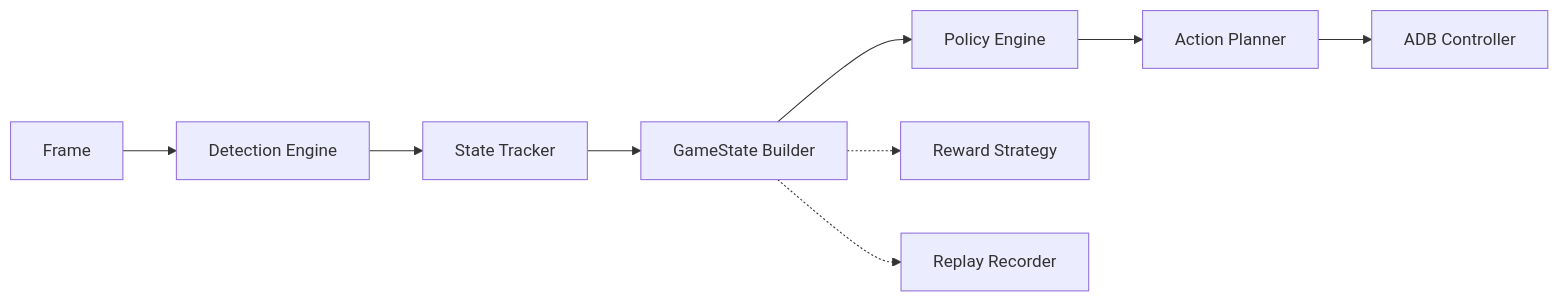
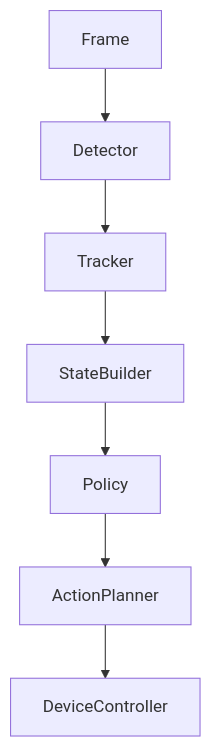
Before and after one commit to peach124-aa/cookie-agent: the first of 4 diagrams in docs/architecture/core-interfaces.md, drawn with Mermaid. The commit also changed other lines of this file and 2 other files, not shown here.

Commit message:
Commit 0003.5: Configuration Schema & ADR

````diff
--- a/docs/architecture/core-interfaces.md
+++ b/docs/architecture/core-interfaces.md
@@ -11,13 +12,9 @@
 ```mermaid
-graph LR
-    Frame[Frame] --> Detector[Detection Engine]
-    Detector --> Tracker[State Tracker]
-    Tracker --> Builder[GameState Builder]
-    Builder --> Policy[Policy Engine]
-    Policy --> Planner[Action Planner]
-    Planner --> ADB[ADB Controller]
-    
-    %% Async Observational Hooks
-    Builder -.-> Reward[Reward Strategy]
-    Builder -.-> Replay[Replay Recorder]
+graph TD
+    Frame[Frame] --> Detector[Detector]
+    Detector --> Tracker[Tracker]
+    Tracker --> StateBuilder[StateBuilder]
+    StateBuilder --> Policy[Policy]
+    Policy --> ActionPlanner[ActionPlanner]
+    ActionPlanner --> DeviceController[DeviceController]
 ```
````
